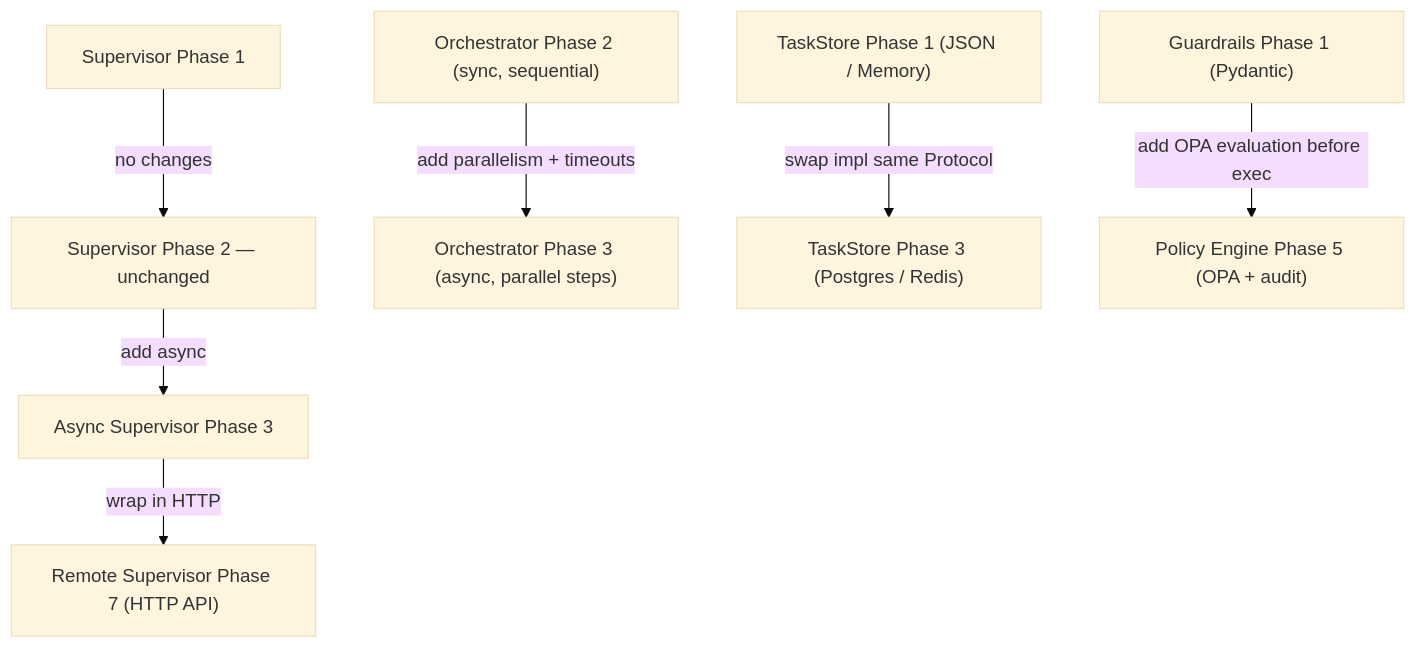
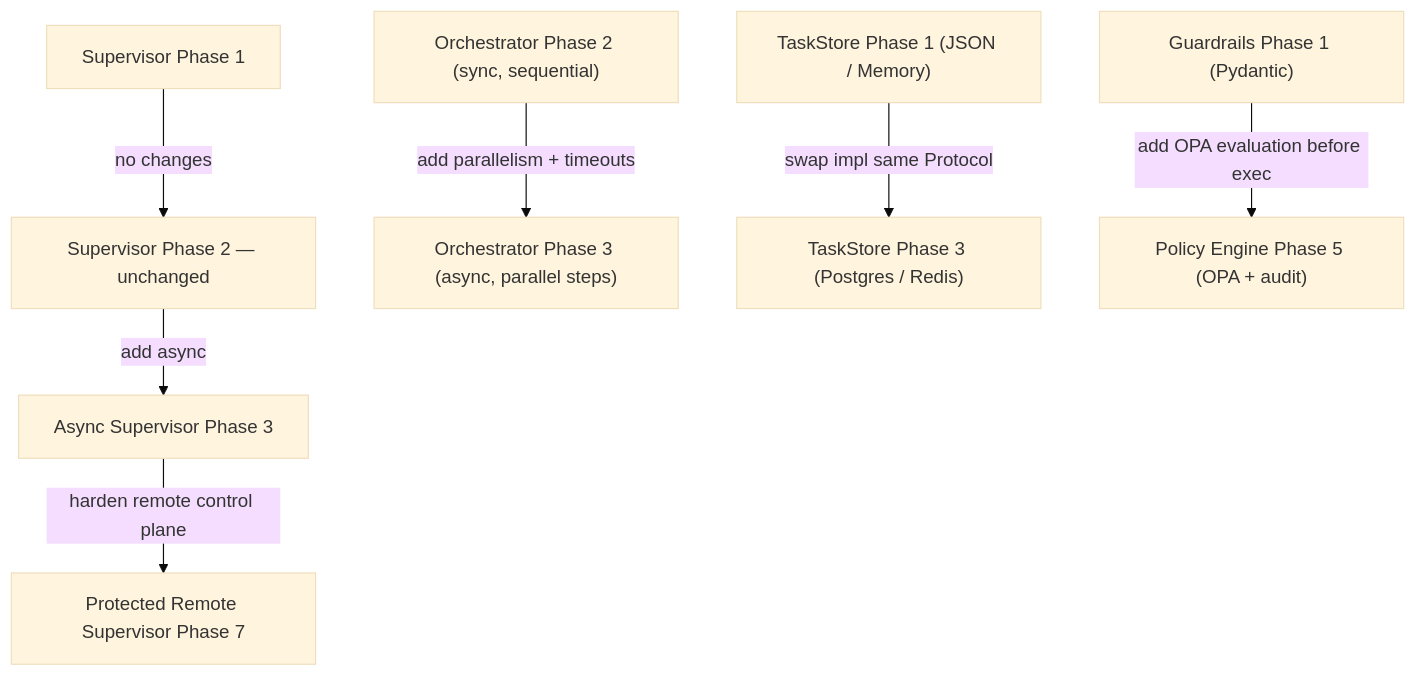
One commit to DanSega1/Conductor-Engine changed the sixth of 6 diagrams in docs/conductor/architecture-diagrams.md. Above: the diagram before and after it, drawn with Mermaid (base theme). The commit also changed other lines of this file and 2 other files, not shown here.

Commit message:
docs: refine roadmap for control plane and tui

````diff
--- a/docs/conductor/architecture-diagrams.md
+++ b/docs/conductor/architecture-diagrams.md
@@ -182,26 +190,26 @@
 ```mermaid
 flowchart TD
     P1_SUP["Supervisor Phase 1"]
     P2_SUP["Supervisor Phase 2 — unchanged"]
     P3_SUP["Async Supervisor Phase 3"]
-    P7_SUP["Remote Supervisor Phase 7 (HTTP API)"]
+    P7_SUP["Protected Remote Supervisor Phase 7"]
 
     P2_ORCH["Orchestrator Phase 2 (sync, sequential)"]
     P3_ORCH["Orchestrator Phase 3 (async, parallel steps)"]
 
     P1_STORE["TaskStore Phase 1 (JSON / Memory)"]
     P3_STORE["TaskStore Phase 3 (Postgres / Redis)"]
 
     P2_GUARD["Guardrails Phase 1 (Pydantic)"]
     P5_GUARD["Policy Engine Phase 5 (OPA + audit)"]
 
     P1_SUP -->|"no changes"| P2_SUP
     P2_SUP -->|"add async"| P3_SUP
-    P3_SUP -->|"wrap in HTTP"| P7_SUP
+    P3_SUP -->|"harden remote control plane"| P7_SUP
 
     P2_ORCH -->|"add parallelism + timeouts"| P3_ORCH
 
     P1_STORE -->|"swap impl same Protocol"| P3_STORE
 
     P2_GUARD -->|"add OPA evaluation before exec"| P5_GUARD
 ```
````
